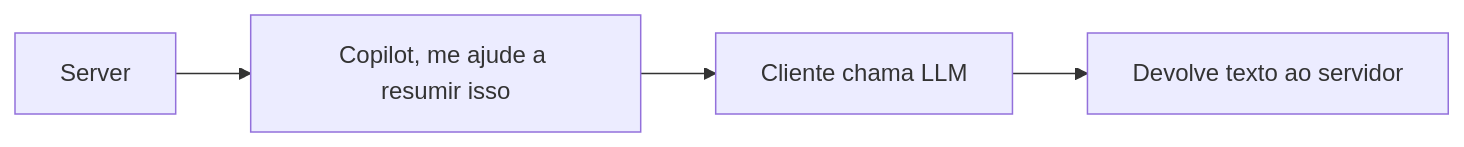
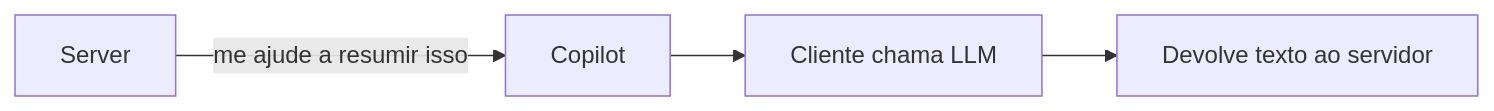
The first of 4 diagrams in TI/IA/MCP/capabilities.md (estaleiroweb/book), drawn with Mermaid before and after one commit. The commit also changed other lines of this file, not shown here.

````diff
--- a/TI/IA/MCP/capabilities.md
+++ b/TI/IA/MCP/capabilities.md
@@ -203,10 +203,9 @@
 ```mermaid
 flowchart LR
-s[Server]
---> 
-c["Copilot, me ajude a resumir isso"]
---> 
-a[Cliente chama LLM]
---> 
-d[Devolve texto ao servidor]
+   s[Server]
+   c["Copilot"]
+   a[Cliente chama LLM]
+   d[Devolve texto ao servidor]
+
+   s --"me ajude a resumir isso"--> c --> a --> d
 ```
````
